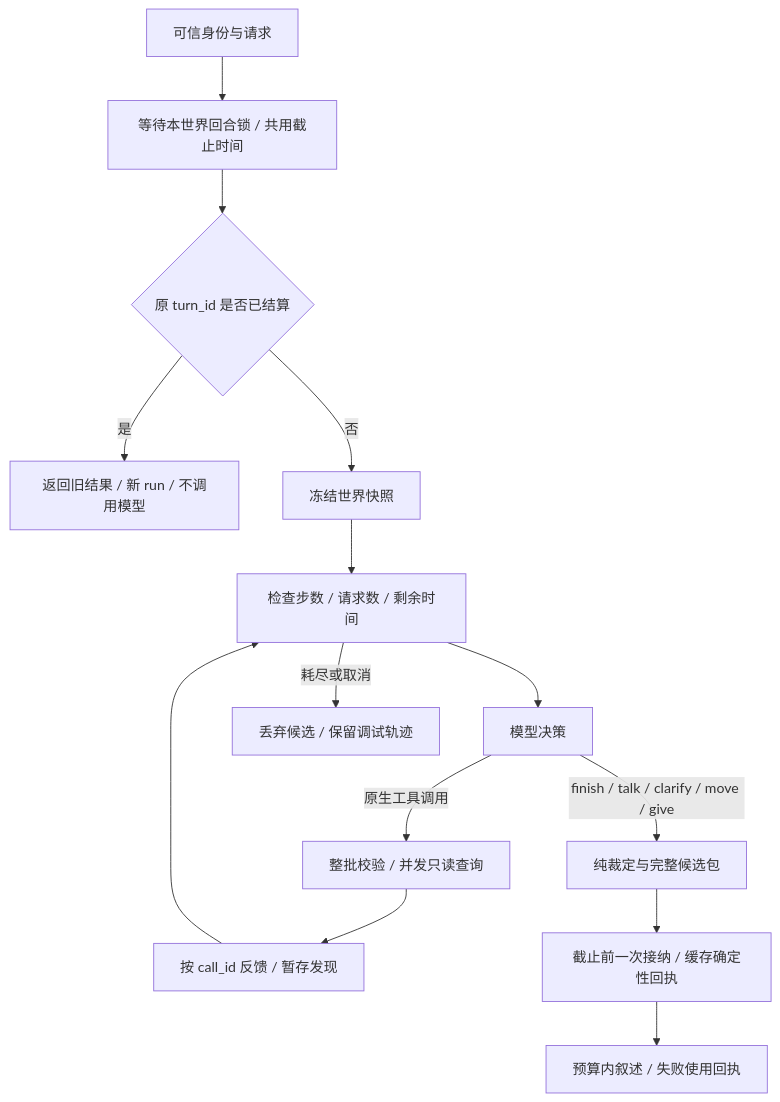
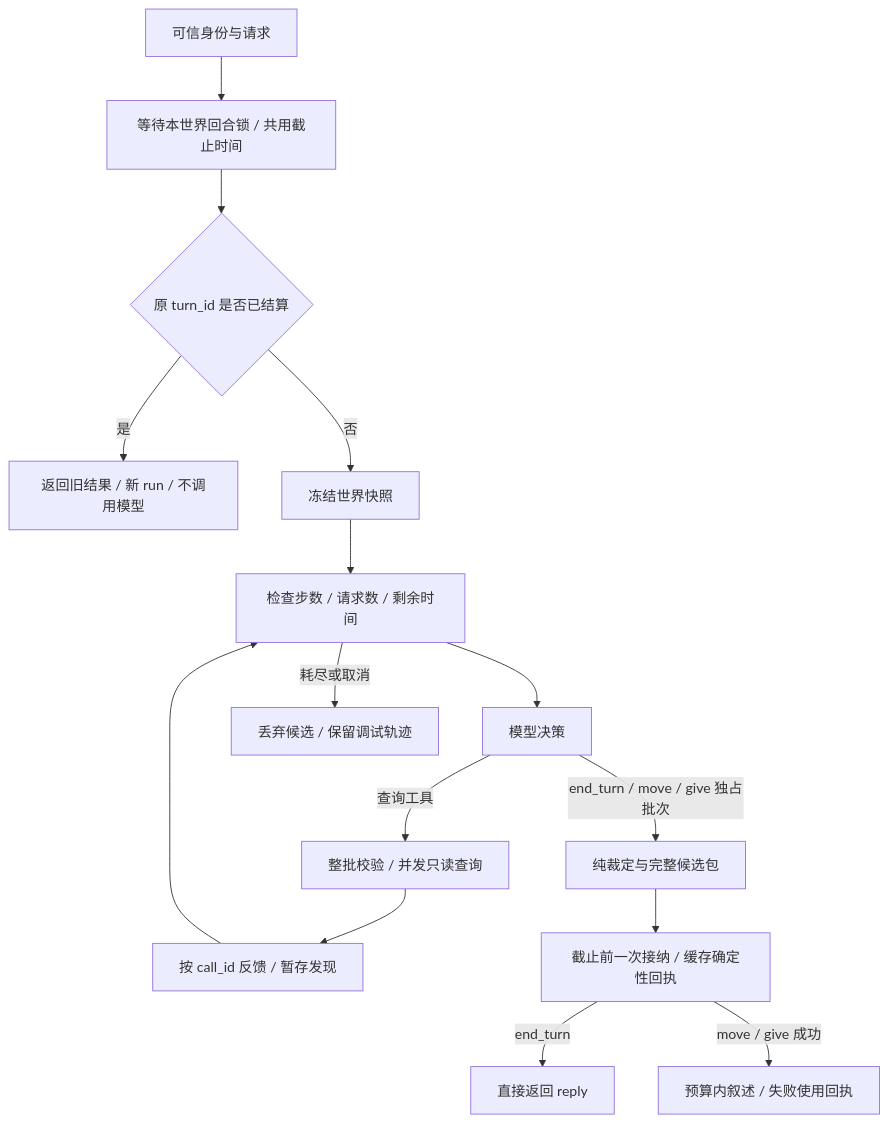
The diagram in docs/a04_practice.md (cao-yun-peng/world-director), drawn with Mermaid before and after one commit. The commit also changed other lines of this file and 72 other files, not shown here.

````diff
--- a/docs/a04_practice.md
+++ b/docs/a04_practice.md
@@ -24,16 +24,17 @@
 ```mermaid
 flowchart TD
     A[可信身份与请求] --> B[等待本世界回合锁 / 共用截止时间]
     B --> C{原 turn_id 是否已结算}
     C -->|是| R[返回旧结果 / 新 run / 不调用模型]
     C -->|否| D[冻结世界快照]
     D --> E[检查步数 / 请求数 / 剩余时间]
     E --> F[模型决策]
-    F -->|原生工具调用| G[整批校验 / 并发只读查询]
+    F -->|查询工具| G[整批校验 / 并发只读查询]
     G --> H[按 call_id 反馈 / 暂存发现]
     H --> E
-    F -->|finish / talk / clarify / move / give| I[纯裁定与完整候选包]
+    F -->|end_turn / move / give 独占批次| I[纯裁定与完整候选包]
     I --> J[截止前一次接纳 / 缓存确定性回执]
-    J --> K[预算内叙述 / 失败使用回执]
+    J -->|end_turn| M[直接返回 reply]
+    J -->|move / give 成功| K[预算内叙述 / 失败使用回执]
     E -->|耗尽或取消| L[丢弃候选 / 保留调试轨迹]
 ```
````
